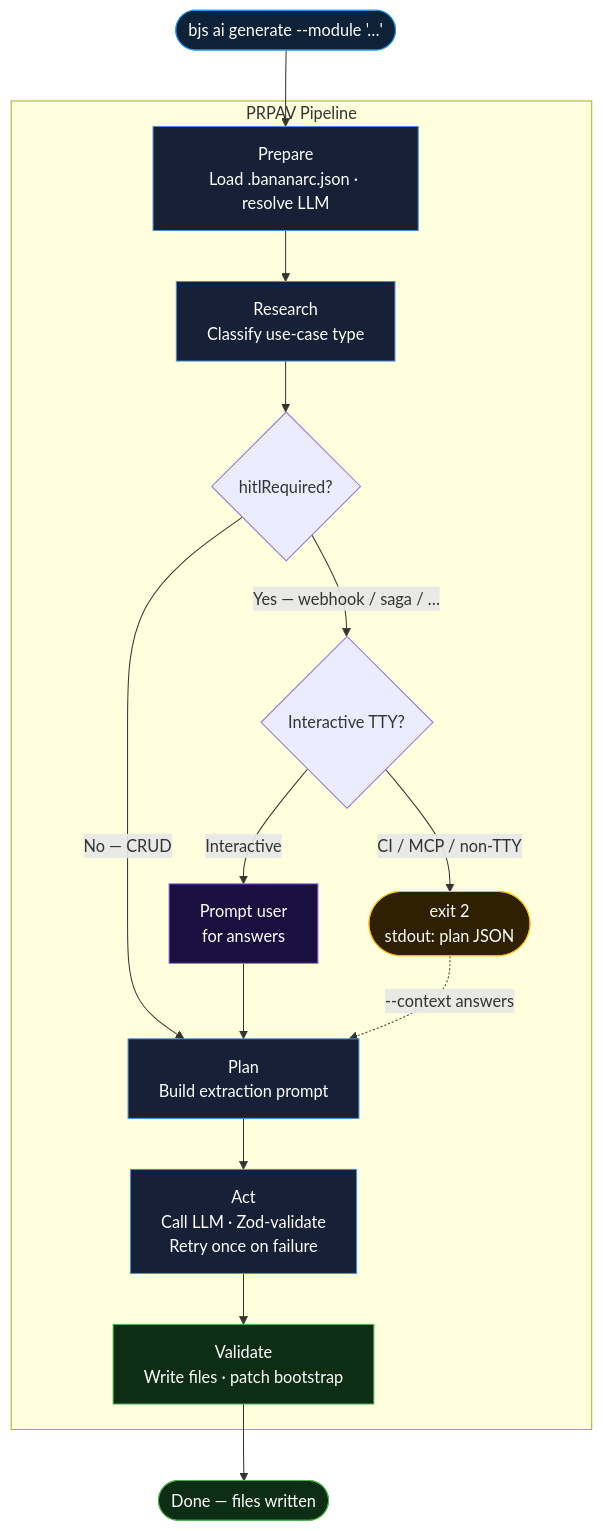
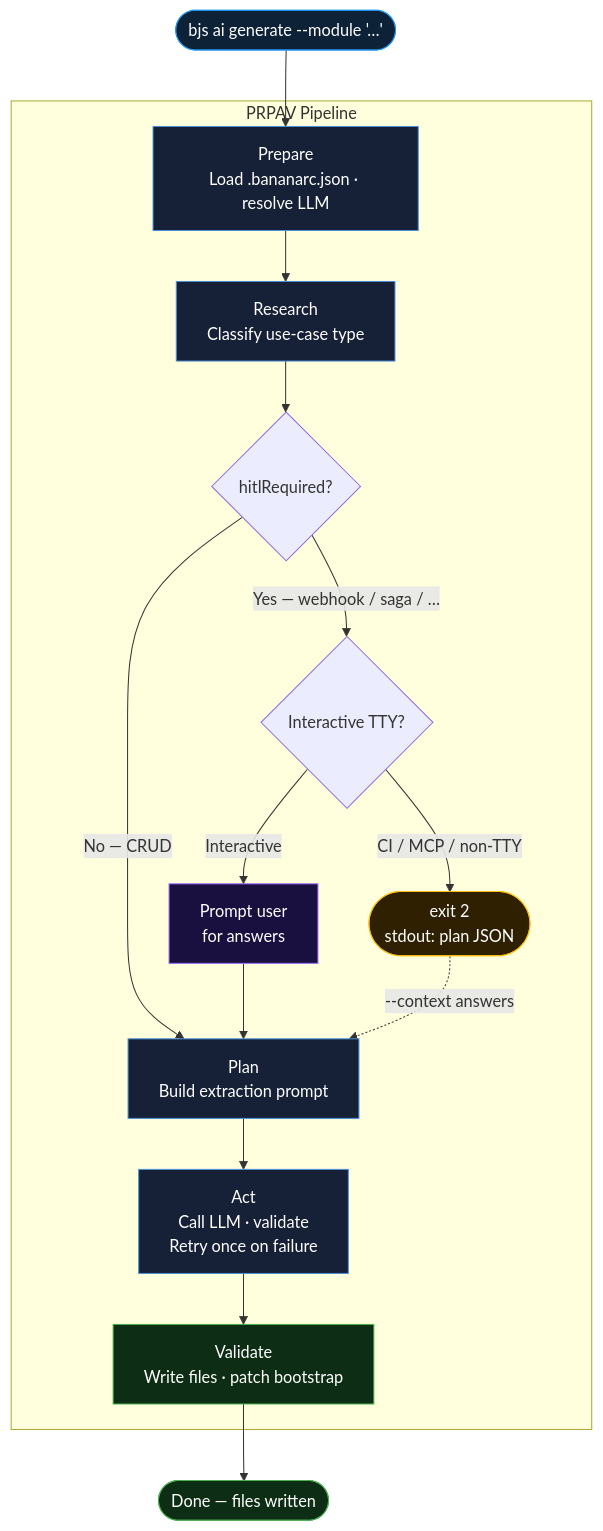
Before and after one commit to surya-manne/banana-universe: the first of 2 diagrams in docs-site/tooling/ai-module-generation.md, drawn with Mermaid. The commit also changed other lines of this file and 54 other files, not shown here.

````diff
--- a/docs-site/tooling/ai-module-generation.md
+++ b/docs-site/tooling/ai-module-generation.md
@@ -60,38 +60,38 @@
 ```mermaid
 flowchart TD
     Input(["bjs ai generate --module '…'"])
     Input --> Prep
 
     subgraph prpav["PRPAV Pipeline"]
         Prep["Prepare\nLoad .bananarc.json · resolve LLM"]
         Res["Research\nClassify use-case type"]
         Dec{hitlRequired?}
         TtyDec{Interactive TTY?}
         HitlQ["Prompt user\nfor answers"]
         ExitTwo(["exit 2\nstdout: plan JSON"])
         Plan["Plan\nBuild extraction prompt"]
-        ActStep["Act\nCall LLM · Zod-validate\nRetry once on failure"]
+        ActStep["Act\nCall LLM · validate\nRetry once on failure"]
         Val["Validate\nWrite files · patch bootstrap"]
 
         Prep --> Res --> Dec
         Dec -- "No — CRUD" --> Plan
         Dec -- "Yes — webhook / saga / …" --> TtyDec
         TtyDec -- "Interactive" --> HitlQ
         HitlQ --> Plan
         TtyDec -- "CI / MCP / non-TTY" --> ExitTwo
         ExitTwo -. "--context answers" .-> Plan
         Plan --> ActStep --> Val
     end
 
     Val --> Done(["Done — files written"])
 
     style Input fill:#0d2137,stroke:#2196f3,color:#fff
     style Done fill:#0d2e14,stroke:#4caf50,color:#fff
     style ExitTwo fill:#2e2000,stroke:#ffc107,color:#fff
     style HitlQ fill:#1a1040,stroke:#9c6eff,color:#fff
     style Prep fill:#162036,stroke:#4a90d9,color:#fff
     style Res fill:#162036,stroke:#4a90d9,color:#fff
     style Plan fill:#162036,stroke:#4a90d9,color:#fff
     style ActStep fill:#162036,stroke:#4a90d9,color:#fff
     style Val fill:#0d2e14,stroke:#4caf50,color:#fff
 ```
````
